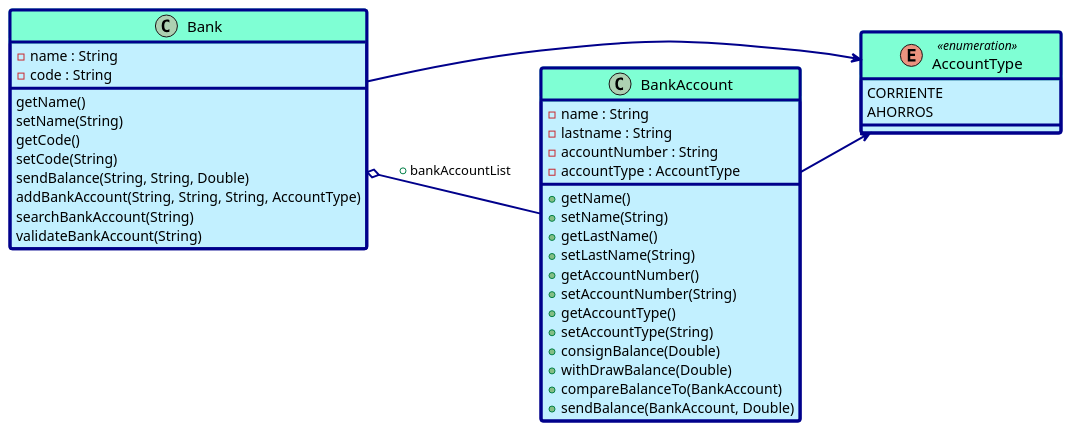
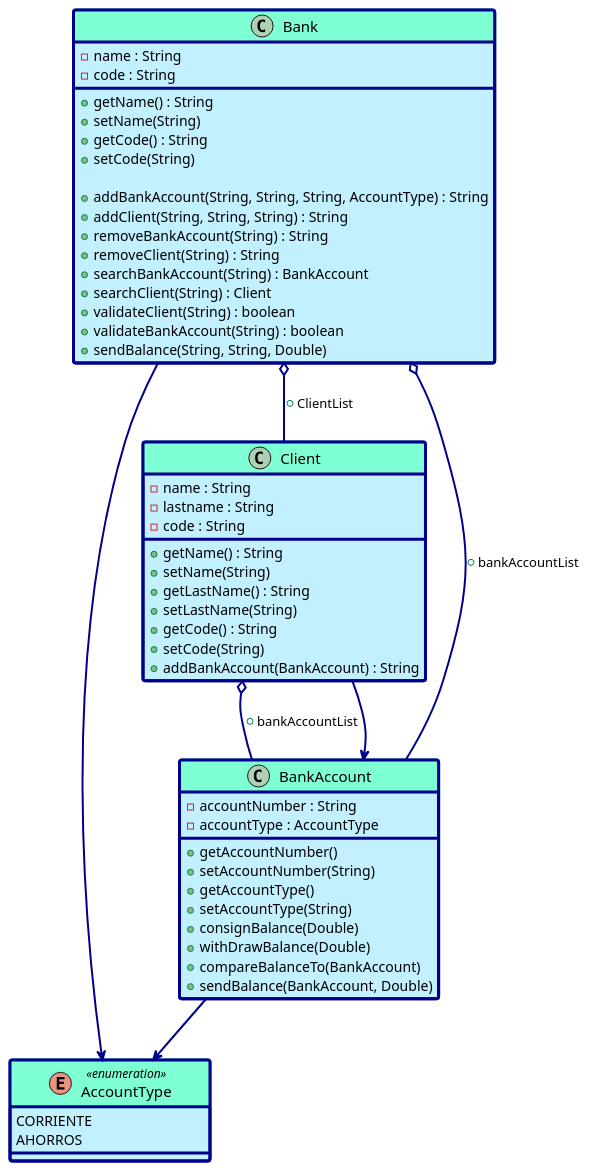
One commit to odiador/uq-2023-1-prog2 changed the diagram in Taller 1/modelo/Diagrama de Clases ejercicio 2 y 3.plantuml. Above: the diagram before and after it, drawn with PlantUML.

Commit message:
Se organizó el diagrama de clases del punto 2 y 3

```diff
--- a/Taller 1/modelo/Diagrama de Clases ejercicio 2 y 3.plantuml
+++ b/Taller 1/modelo/Diagrama de Clases ejercicio 2 y 3.plantuml
@@ -1,56 +1,73 @@
 @startuml Diagram
 
 skinparam Class {
     FontName Arial
     FontSize 15
 
     BorderColor DarkBlue
     BackgroundColor APPLICATION
     BorderThickness 3
     ArrowColor DarkBlue
     ArrowThickness 2
     HeaderBackgroundColor Aquamarine
 }
 skinparam MinClassWidth 200
 
 enum AccountType <<enumeration>> {
     CORRIENTE
     AHORROS
 }
 class Bank {
     -name : String
     -code : String
-    getName()
-    setName(String)
-    getCode()
-    setCode(String)
-    sendBalance(String, String, Double)
-    addBankAccount(String, String, String, AccountType)
-    searchBankAccount(String)
-    validateBankAccount(String)
+
+    +getName() : String
+    +setName(String)
+    +getCode() : String
+    +setCode(String)
+
+    +addBankAccount(String, String, String, AccountType) : String
+    +addClient(String, String, String) : String
+    +removeBankAccount(String) : String
+    +removeClient(String) : String
+    +searchBankAccount(String) : BankAccount
+    +searchClient(String) : Client
+    +validateClient(String) : boolean
+    +validateBankAccount(String) : boolean
+    +sendBalance(String, String, Double)
+
+}
+class Client{
+    -name : String
+    -lastname : String
+    -code : String
+
+    +getName() : String
+    +setName(String)
+    +getLastName() : String
+    +setLastName(String)
+    +getCode() : String
+    +setCode(String)
+    +addBankAccount(BankAccount) : String
 
 }
 class BankAccount {
-    -name : String
-    -lastname : String
     -accountNumber : String
     -accountType : AccountType
 
-    +getName()
-    +setName(String)
-    +getLastName()
-    +setLastName(String)
     +getAccountNumber()
     +setAccountNumber(String)
     +getAccountType()
     +setAccountType(String)
     +consignBalance(Double)
     +withDrawBalance(Double)
     +compareBalanceTo(BankAccount)
     +sendBalance(BankAccount, Double)
 }
-left to right direction
 Bank o-- BankAccount : +bankAccountList
+Client o-- BankAccount : +bankAccountList
+Bank o-- Client : +ClientList
 Bank -->  AccountType
+Client -->  BankAccount
 BankAccount -->  AccountType
 @enduml
```
